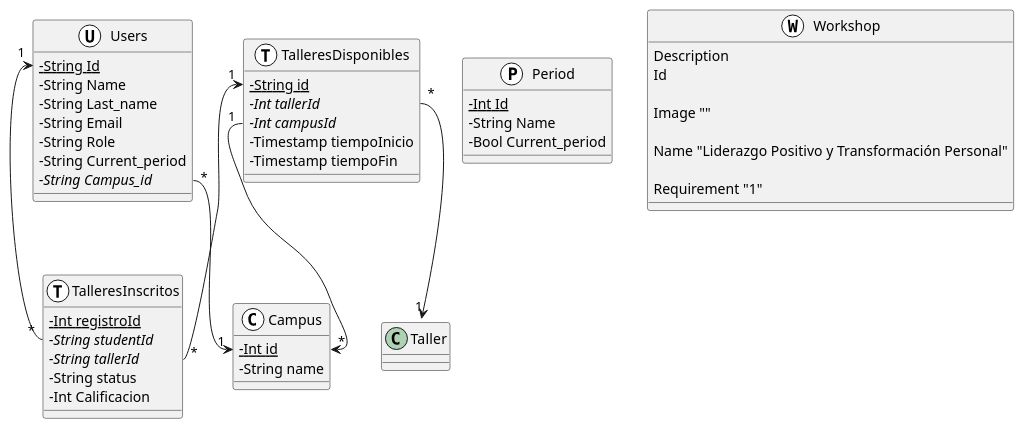
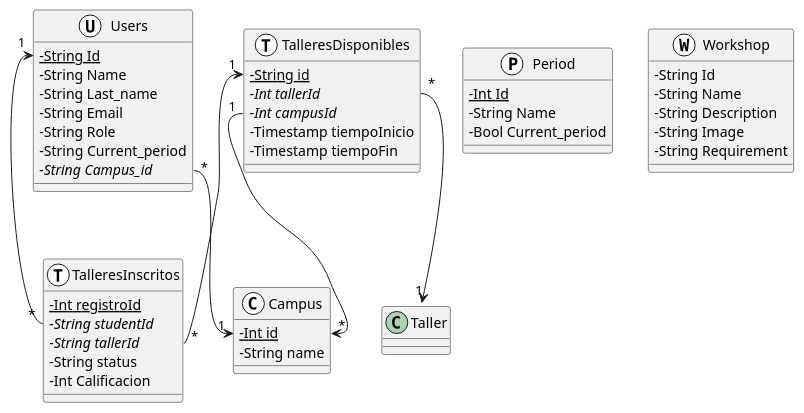
The diagram in Reto/Base de datos.md (facund015/codeRelatedObsidianNotes), drawn with PlantUML before and after one commit.

Commit message:
vault backup: 2021-12-01 18:09:03

````diff
--- a/Reto/Base de datos.md
+++ b/Reto/Base de datos.md
@@ -2,60 +2,57 @@
 ```plantuml
 @startuml
 skinparam classAttributeIconSize 0
 
 class Users <<(U,white)>> {
 	-{static} String Id
 	-String Name
 	-String Last_name
 	-String Email
 	-String Role
 	-String Current_period
 	{abstract} -String Campus_id
 }
 
 class Campus <<(C,white)>> {
 	{static} -Int id
 	-String name
 }
 
 class Period <<(P,white)>> {
 	{static} -Int Id
 	-String Name
 	-Bool Current_period
 }
 
 class Workshop <<(W,white)>> {
-    Description
-	Id
-
-Image ""
-
-Name "Liderazgo Positivo y Transformación Personal"
-
-Requirement "1"
+	-String Id
+	-String Name
+	-String Description
+	-String Image
+	-String Requirement
 }
 class TalleresDisponibles <<(T, white)>> {
 	{static} -String id
 	{abstract} -Int tallerId
 	{abstract} -Int campusId
 	-Timestamp tiempoInicio
 	-Timestamp tiempoFin
 }
 class TalleresInscritos <<(T,white)>> {
 	{static} -Int registroId 
 	{abstract} -String studentId
 	{abstract} -String tallerId
 	-String status
 	-Int Calificacion
 }
 
 Users::Id "1" <-- "*" TalleresInscritos::studentId
 Users::Campus_id "*" --> "1" Campus::id
 TalleresDisponibles::id "1" <-- "*" TalleresInscritos::tallerId
 TalleresDisponibles::tallerId "*" --> "1" Taller::id
 TalleresDisponibles::campusId "1" -->  "*" Campus::id
 
 
 
 @enduml
 ```
````
